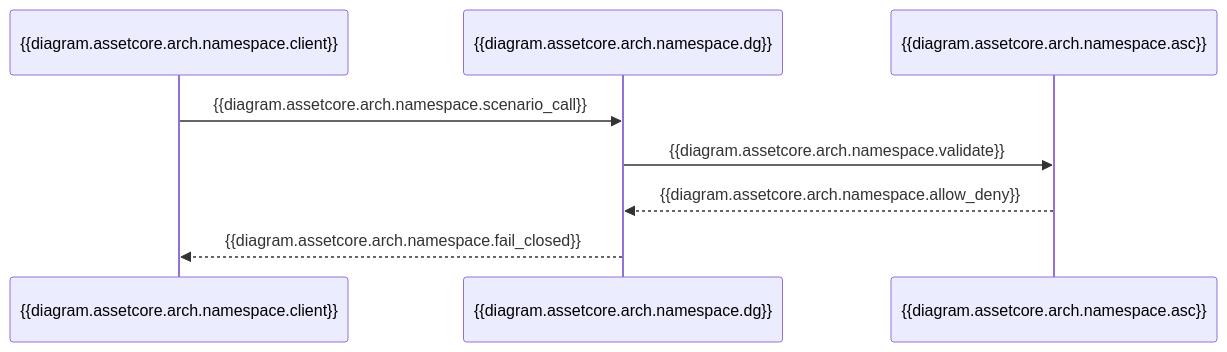
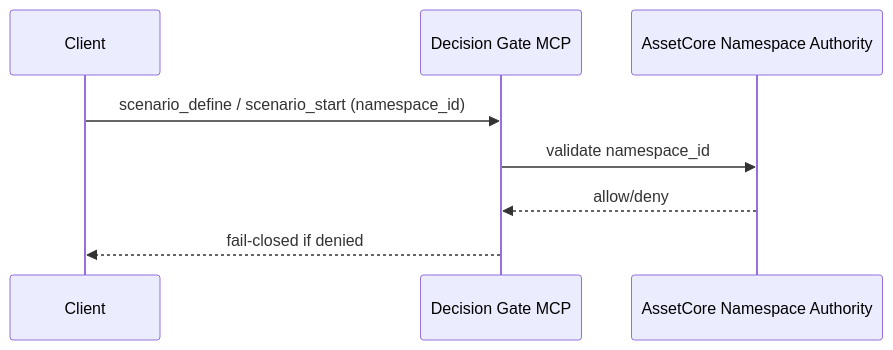
Before and after one commit to DaRealYungBidness/decision-gate: the second of 3 diagrams in Docs/integrations/assetcore/architecture.md, drawn with Mermaid. The commit also changed other lines of this file and 18 other files, not shown here.

````diff
--- a/Docs/integrations/assetcore/architecture.md
+++ b/Docs/integrations/assetcore/architecture.md
@@ -29,12 +29,12 @@
 ```mermaid
-%% alt: {{diagram.assetcore.arch.namespace.alt}}
+%% alt: Namespace authority validation between clients, Decision Gate, and AssetCore.
 sequenceDiagram
-  participant Client as {{diagram.assetcore.arch.namespace.client}}
-  participant DG as {{diagram.assetcore.arch.namespace.dg}}
-  participant ASC as {{diagram.assetcore.arch.namespace.asc}}
+  participant Client as Client
+  participant DG as Decision Gate MCP
+  participant ASC as AssetCore Namespace Authority
 
-  Client->>DG: {{diagram.assetcore.arch.namespace.scenario_call}}
-  DG->>ASC: {{diagram.assetcore.arch.namespace.validate}}
-  ASC-->>DG: {{diagram.assetcore.arch.namespace.allow_deny}}
-  DG-->>Client: {{diagram.assetcore.arch.namespace.fail_closed}}
+  Client->>DG: scenario_define / scenario_start (namespace_id)
+  DG->>ASC: validate namespace_id
+  ASC-->>DG: allow/deny
+  DG-->>Client: fail-closed if denied
 ```
````
